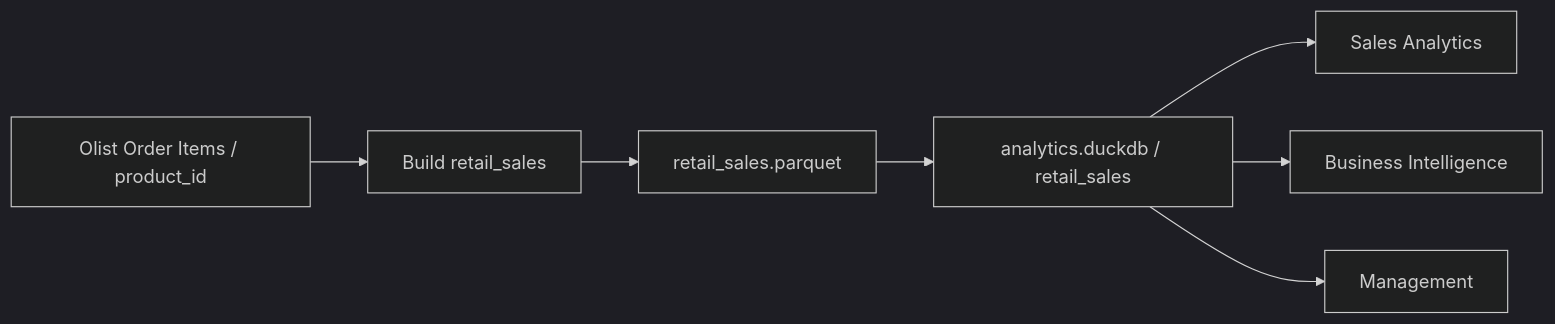
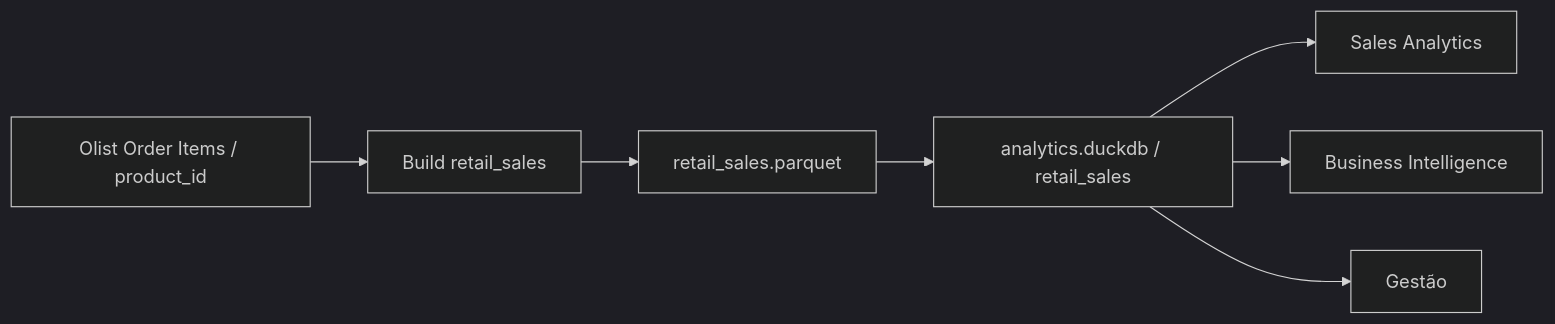
One commit to ThatianeBotelho/FIAP_Data_Product_Management_Vendas_Varejo changed the second of 2 diagrams in docs/data_downtime_incident.md. Above: the diagram before and after it, drawn with Mermaid (dark theme). The commit also changed other lines of this file and 3 other files, not shown here.

````diff
--- a/docs/data_downtime_incident.md
+++ b/docs/data_downtime_incident.md
@@ -239,9 +239,9 @@
 ```mermaid
 flowchart LR
     A[Olist Order Items / product_id] --> B[Build retail_sales]
     B --> C[retail_sales.parquet]
     C --> D[analytics.duckdb / retail_sales]
     D --> E[Sales Analytics]
     D --> F[Business Intelligence]
-    D --> G[Management]
+    D --> G[Gestão]
 ```
````
